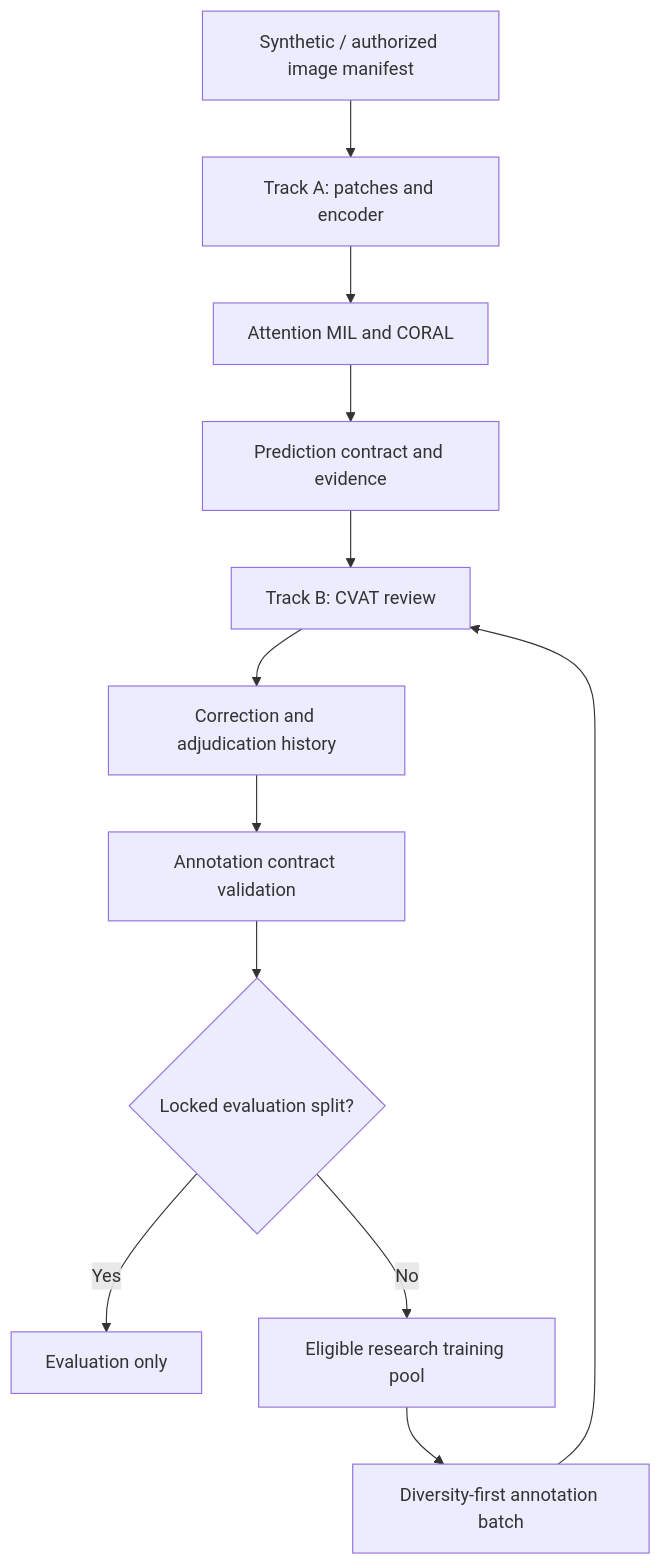
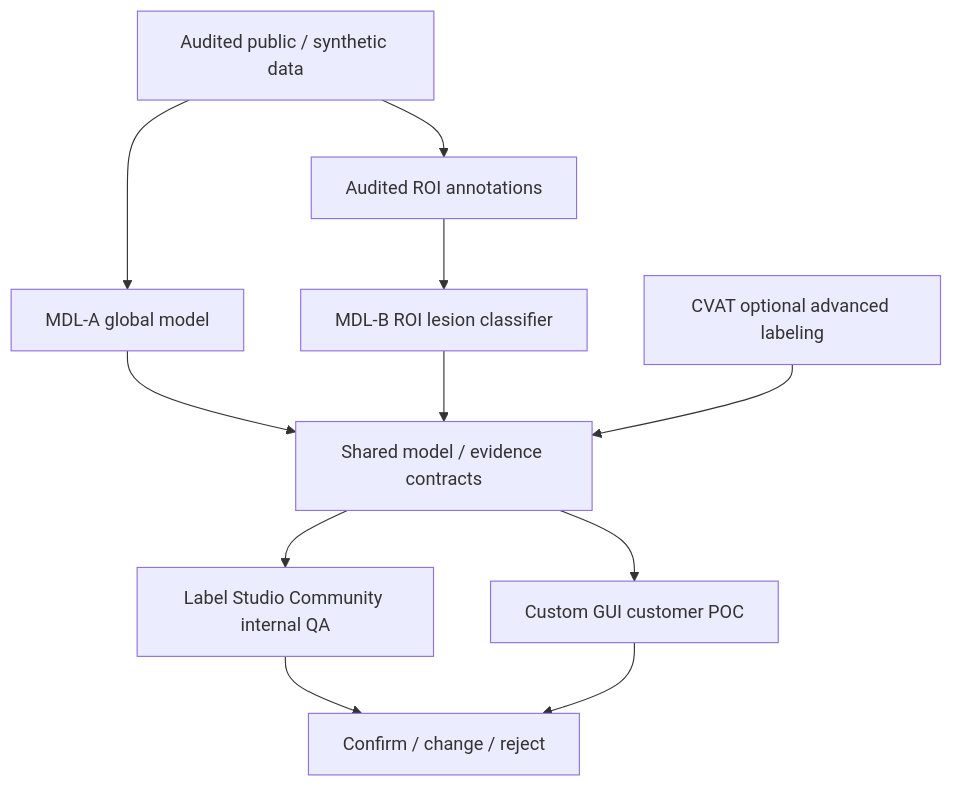
One commit to siriponsri/OcuForge changed the diagram in README.md. Above: the diagram before and after it, drawn with Mermaid. The commit also changed other lines of this file and 10 other files, not shown here.

Commit message:
Pivot POC to interactive lesion modeling

````diff
--- a/README.md
+++ b/README.md
@@ -39,14 +57,13 @@
 ```mermaid
 flowchart TD
- A["Synthetic / authorized image manifest"] --> B["Track A: patches and encoder"]
- B --> C["Attention MIL and CORAL"]
- C --> D["Prediction contract and evidence"]
- D --> E["Track B: CVAT review"]
- E --> F["Correction and adjudication history"]
- F --> G["Annotation contract validation"]
- G --> H{"Locked evaluation split?"}
- H -->|Yes| I["Evaluation only"]
- H -->|No| J["Eligible research training pool"]
- J --> K["Diversity-first annotation batch"]
- K --> E
+ A["Audited public / synthetic data"] --> B["MDL-A global model"]
+ A --> C["Audited ROI annotations"]
+ C --> D["MDL-B ROI lesion classifier"]
+ B --> E["Shared model / evidence contracts"]
+ D --> E
+ E --> F["Label Studio Community internal QA"]
+ E --> G["Custom GUI customer POC"]
+ F --> H["Confirm / change / reject"]
+ G --> H
+ I["CVAT optional advanced labeling"] --> E
 ```
````
